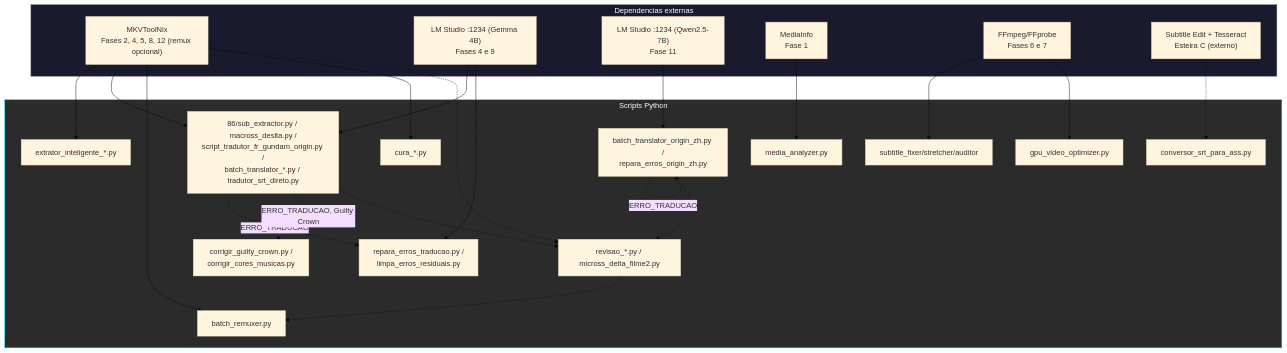
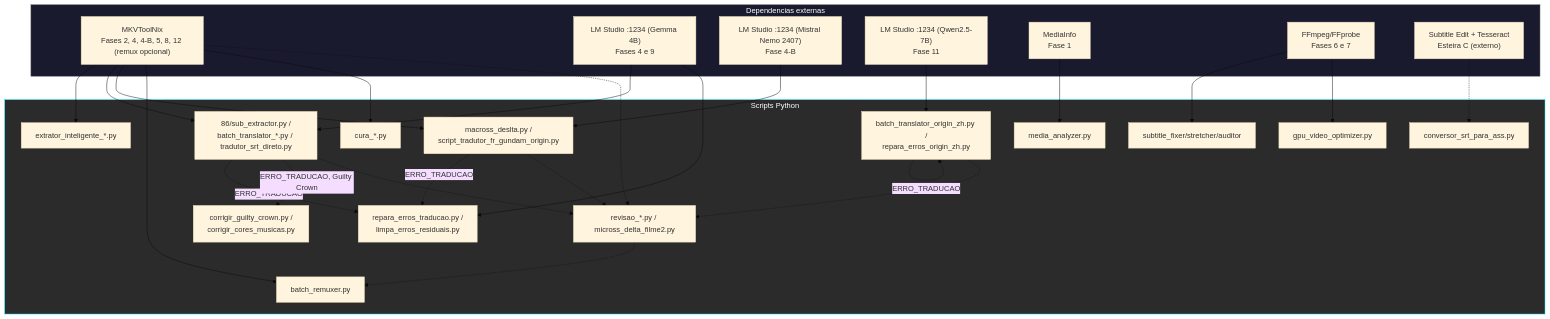
Before and after one commit to carmipa/projeto-tracker-animes-traducao: diagram 11 of 11 in docs/arquitetura.md, drawn with Mermaid (base theme). The commit also changed other lines of this file and 22 other files, not shown here.

````diff
--- a/docs/arquitetura.md
+++ b/docs/arquitetura.md
@@ -388,48 +391,54 @@
 ```mermaid
 flowchart TB
     subgraph DEP["Dependencias externas"]
-        MKVT["MKVToolNix\nFases 2, 4, 5, 8, 12 (remux opcional)"]
+        MKVT["MKVToolNix\nFases 2, 4, 4-B, 5, 8, 12 (remux opcional)"]
         LM["LM Studio :1234 (Gemma 4B)\nFases 4 e 9"]
+        LMM["LM Studio :1234 (Mistral Nemo 2407)\nFase 4-B"]
         LMQ["LM Studio :1234 (Qwen2.5-7B)\nFase 11"]
         MI["MediaInfo\nFase 1"]
         FF["FFmpeg/FFprobe\nFases 6 e 7"]
         OCRX["Subtitle Edit + Tesseract\nEsteira C (externo)"]
     end
 
     subgraph PY["Scripts Python"]
         S1["media_analyzer.py"]
         S2["extrator_inteligente_*.py"]
         S3["conversor_srt_para_ass.py"]
-        S4["86/sub_extractor.py / macross_deslta.py /\nscript_tradutor_fr_gundam_origin.py /\nbatch_translator_*.py / tradutor_srt_direto.py"]
+        S4["86/sub_extractor.py /\nbatch_translator_*.py / tradutor_srt_direto.py"]
+        S4B["macross_deslta.py /\nscript_tradutor_fr_gundam_origin.py"]
         S5["batch_remuxer.py"]
         S6["subtitle_fixer/stretcher/auditor"]
         S7["gpu_video_optimizer.py"]
         S8["cura_*.py"]
         S9["repara_erros_traducao.py /\nlimpa_erros_residuais.py"]
         S10["corrigir_guilty_crown.py /\ncorrigir_cores_musicas.py"]
         S11["batch_translator_origin_zh.py /\nrepara_erros_origin_zh.py"]
         S12["revisao_*.py / micross_delta_filme2.py"]
     end
 
     MI --> S1
     MKVT --> S2
     MKVT --> S4
+    MKVT --> S4B
     MKVT --> S5
     MKVT --> S8
     MKVT -.-> S12
     LM --> S4
     LM --> S9
+    LMM --> S4B
     LMQ --> S11
     FF --> S6
     FF --> S7
     OCRX -.-> S3
     S4 -.->|ERRO_TRADUCAO| S9
     S4 -.->|ERRO_TRADUCAO, Guilty Crown| S10
+    S4B -.->|ERRO_TRADUCAO| S9
     S11 -.->|ERRO_TRADUCAO| S11
     S4 -.-> S12
+    S4B -.-> S12
     S11 -.-> S12
     S12 -.-> S5
 
     style DEP fill:#1a1a2e,stroke:#666,color:#fff
     style PY fill:#2b2b2b,stroke:#00E5FF,color:#fff
 ```
````
